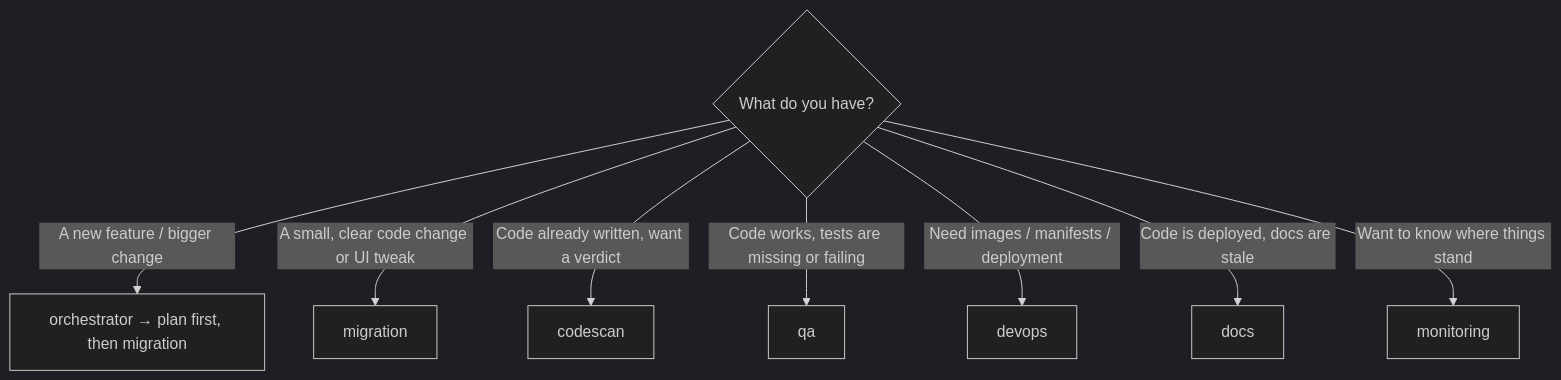
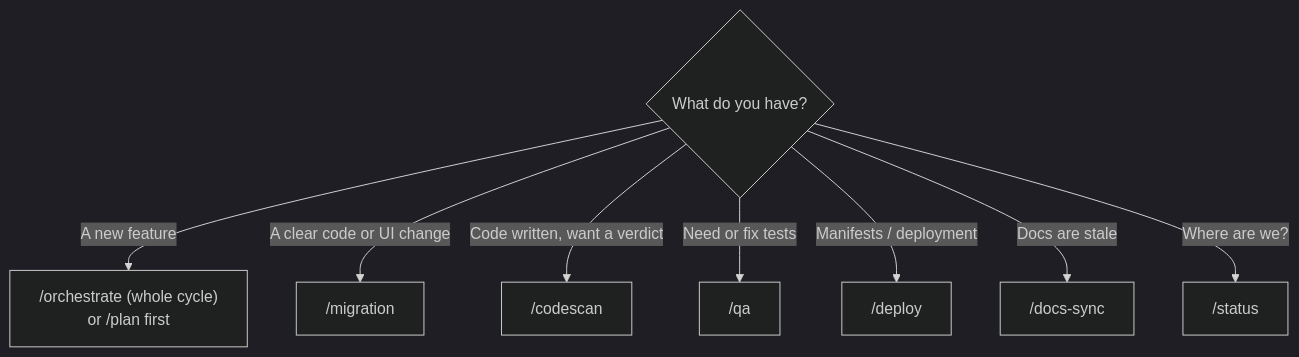
The first of 3 diagrams in docs/TECHNICAL.md (mehdiayed/ecommerce_app_project_multiagent), drawn with Mermaid (dark theme) before and after one commit. The commit also changed other lines of this file and 253 other files, not shown here.

````diff
--- a/docs/TECHNICAL.md
+++ b/docs/TECHNICAL.md
@@ -23,10 +25,10 @@
 ```mermaid
 flowchart TD
-    Q{What do you have?} -->|"A new feature / bigger change"| O["orchestrator → plan first, then migration"]
-    Q -->|"A small, clear code change or UI tweak"| M["migration"]
-    Q -->|"Code already written, want a verdict"| C["codescan"]
-    Q -->|"Code works, tests are missing or failing"| T["qa"]
-    Q -->|"Need images / manifests / deployment"| D["devops"]
-    Q -->|"Code is deployed, docs are stale"| S["docs"]
-    Q -->|"Want to know where things stand"| Mo["monitoring"]
+    Q{What do you have?} -->|"A new feature"| F["/orchestrate  (whole cycle)<br/>or /plan first"]
+    Q -->|"A clear code or UI change"| M["/migration"]
+    Q -->|"Code written, want a verdict"| C["/codescan"]
+    Q -->|"Need or fix tests"| T["/qa"]
+    Q -->|"Manifests / deployment"| D["/deploy"]
+    Q -->|"Docs are stale"| S["/docs-sync"]
+    Q -->|"Where are we?"| Mo["/status"]
 ```
````
